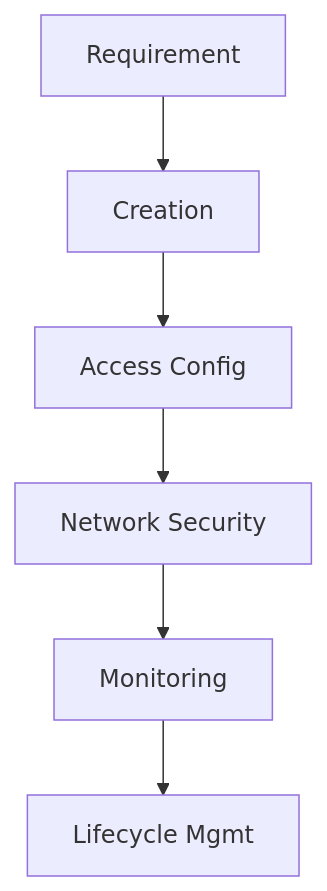
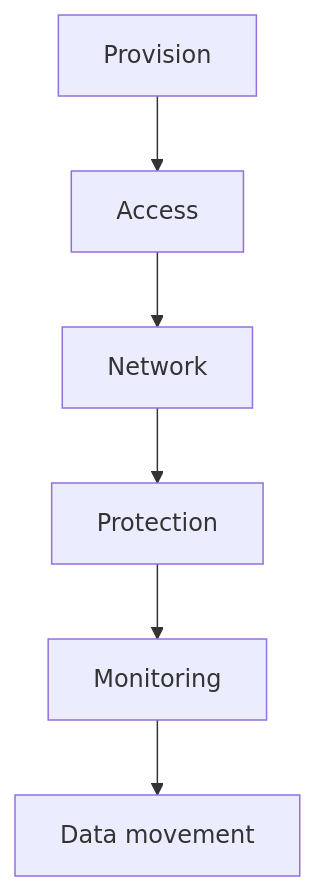
Before and after one commit to yeongseon/azure-storage-practical-guide: the diagram in docs/operations/index.md, drawn with Mermaid. The commit also changed other lines of this file and 90 other files, not shown here.

````diff
--- a/docs/operations/index.md
+++ b/docs/operations/index.md
@@ -30,8 +22,14 @@
 ```mermaid
-graph TD
-    A[Requirement] --> B[Creation]
-    B --> C[Access Config]
-    C --> D[Network Security]
-    D --> E[Monitoring]
-    E --> F[Lifecycle Mgmt]
+flowchart TD
+    A[Provision]
+    B[Access]
+    A --> B
+    C[Network]
+    B --> C
+    D[Protection]
+    C --> D
+    E[Monitoring]
+    D --> E
+    F[Data movement]
+    E --> F
 ```
````
